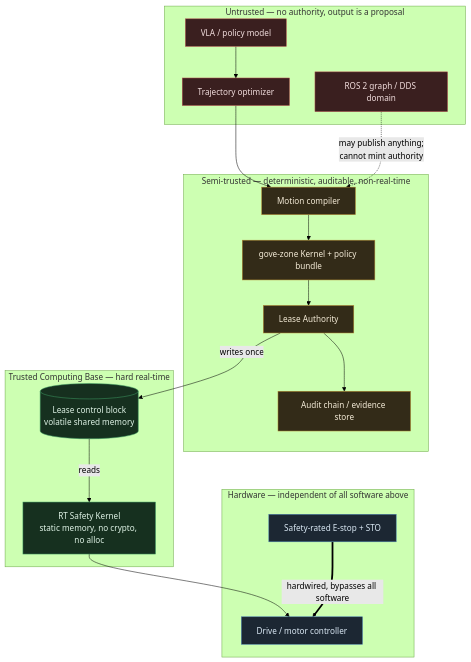
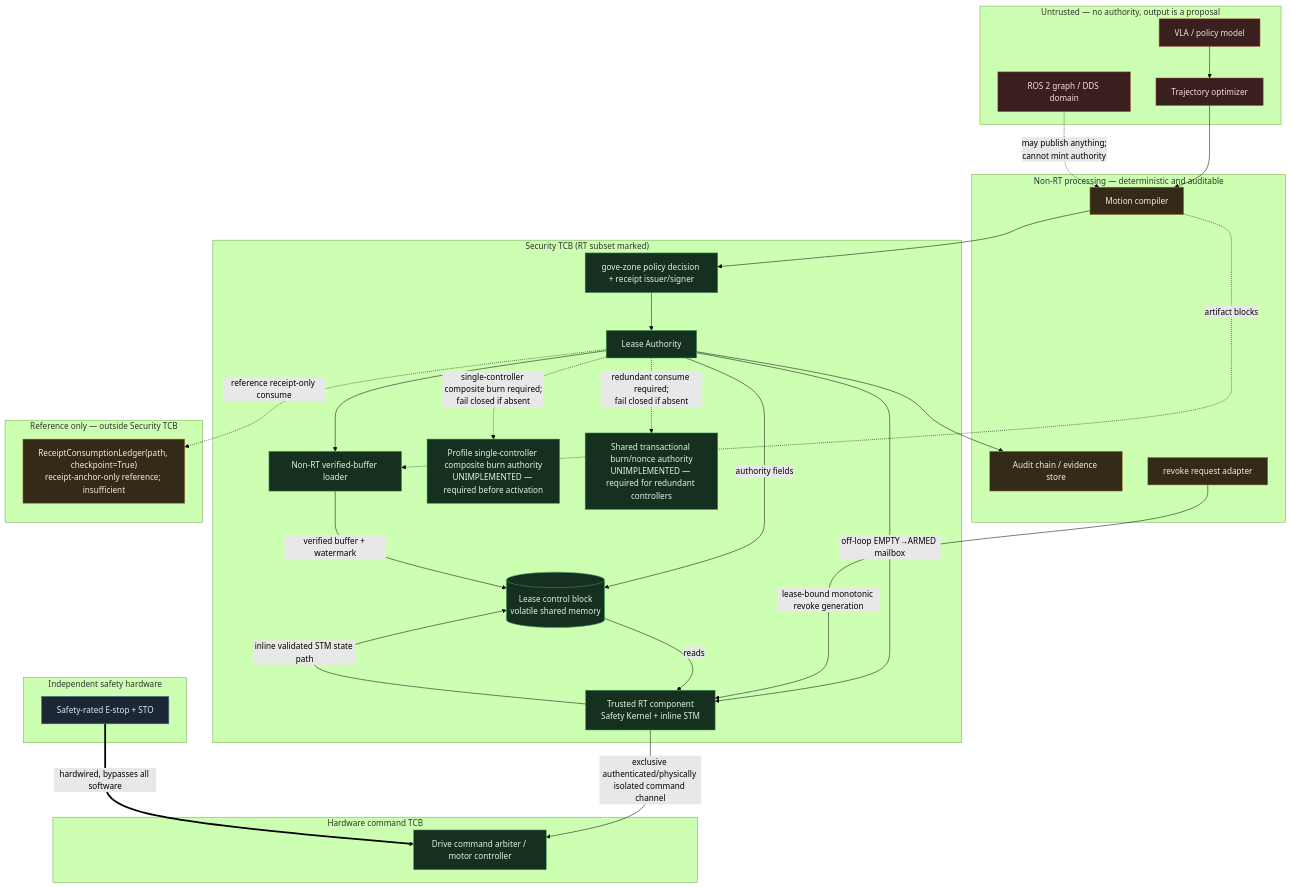
The diagram in docs/design/acgs-physical-execution-profile.md (acgs-ai/ACGS), drawn with Mermaid (forest theme) before and after one commit. The commit also changed other lines of this file and 4 other files, not shown here.

````diff
--- a/docs/design/acgs-physical-execution-profile.md
+++ b/docs/design/acgs-physical-execution-profile.md
@@ -88,43 +89,64 @@
 ```mermaid
 flowchart TB
   subgraph UNTRUSTED["Untrusted — no authority, output is a proposal"]
     VLA["VLA / policy model"]
     OPT["Trajectory optimizer"]
     ROS["ROS 2 graph / DDS domain"]
   end
 
-  subgraph SEMI["Semi-trusted — deterministic, auditable, non-real-time"]
+  subgraph SEMI["Non-RT processing — deterministic and auditable"]
     MC["Motion compiler"]
-    ACGS["gove-zone Kernel + policy bundle"]
-    LA["Lease Authority"]
     AUD["Audit chain / evidence store"]
+    REV["revoke request adapter"]
   end
 
-  subgraph TCB["Trusted Computing Base — hard real-time"]
-    RTSK["RT Safety Kernel<br/>static memory, no crypto, no alloc"]
+  subgraph TCB["Security TCB (RT subset marked)"]
+    ACGS["gove-zone policy decision + receipt issuer/signer"]
+    LA["Lease Authority"]
+    LOAD["Non-RT verified-buffer loader"]
+    RTSK["Trusted RT component<br/>Safety Kernel + inline STM"]
     SHM[("Lease control block<br/>volatile shared memory")]
+    SCB["Profile single-controller composite burn authority<br/>UNIMPLEMENTED — required before activation"]
+    BURN["Shared transactional burn/nonce authority<br/>UNIMPLEMENTED — required for redundant controllers"]
   end
 
-  subgraph HW["Hardware — independent of all software above"]
-    DRV["Drive / motor controller"]
+  subgraph REF["Reference only — outside Security TCB"]
+    RCL["ReceiptConsumptionLedger(path, checkpoint=True)<br/>receipt-anchor-only reference; insufficient"]
+  end
+
+  subgraph HWT["Hardware command TCB"]
+    DRV["Drive command arbiter / motor controller"]
+  end
+
+  subgraph HW["Independent safety hardware"]
     ESTOP["Safety-rated E-stop + STO"]
   end
 
   VLA --> OPT --> MC
   ROS -. "may publish anything;<br/>cannot mint authority" .-> MC
   MC --> ACGS --> LA
+  MC -. "artifact blocks" .-> LOAD
+  LA --> LOAD
   LA --> AUD
-  LA -- "writes once" --> SHM
+  LA -. "reference receipt-only consume" .-> RCL
+  LA -. "single-controller composite burn required;<br/>fail closed if absent" .-> SCB
+  LA -. "redundant consume required;<br/>fail closed if absent" .-> BURN
+  LA -- "authority fields" --> SHM
+  LA -- "off-loop EMPTY→ARMED mailbox" --> RTSK
+  LOAD -- "verified buffer + watermark" --> SHM
+  REV -- "lease-bound monotonic revoke generation" --> RTSK
+  RTSK -- "inline validated STM state path" --> SHM
   SHM -- "reads" --> RTSK
-  RTSK --> DRV
+  RTSK -- "exclusive authenticated/physically isolated command channel" --> DRV
   ESTOP == "hardwired, bypasses all software" ==> DRV
 
   classDef untrusted fill:#3a1f1f,stroke:#b45050,color:#f2dede
   classDef semi fill:#332b18,stroke:#b3892f,color:#f5ecd8
   classDef tcb fill:#16301f,stroke:#3f9d63,color:#dff3e6
   classDef hw fill:#1c2733,stroke:#4a80b0,color:#dbe9f5
   class VLA,OPT,ROS untrusted
-  class MC,ACGS,LA,AUD semi
-  class RTSK,SHM tcb
-  class DRV,ESTOP hw
+  class MC,AUD,REV,RCL semi
+  class ACGS,LOAD,RTSK,SHM,LA,SCB,BURN tcb
+  class DRV tcb
+  class ESTOP hw
 ```
````
